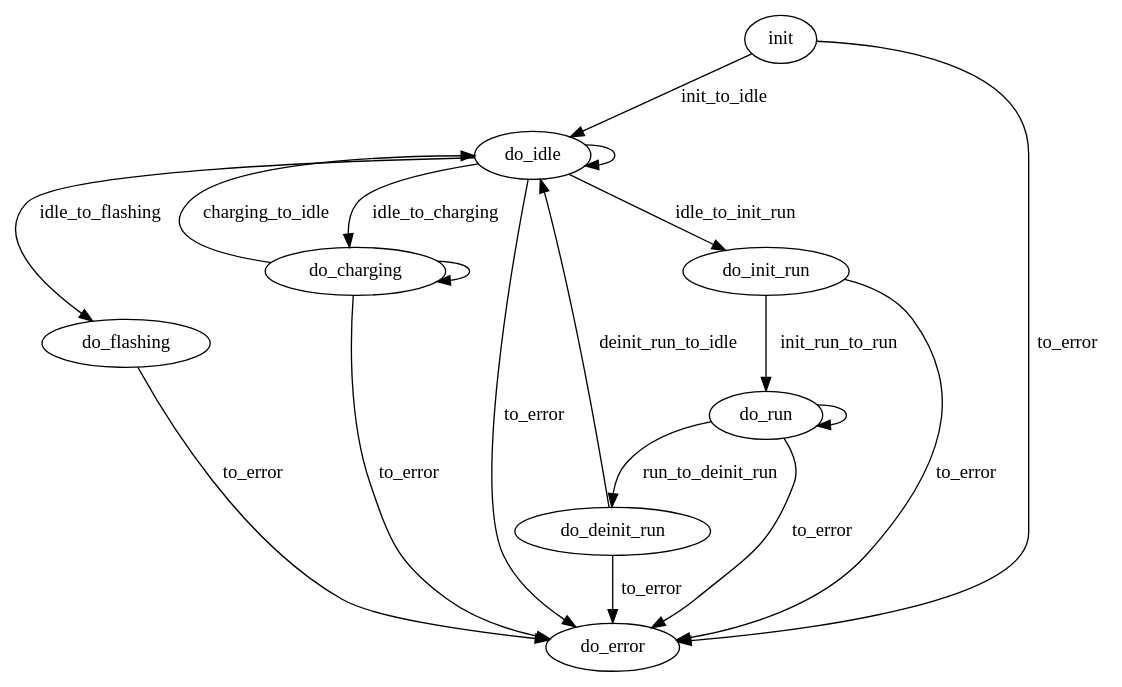
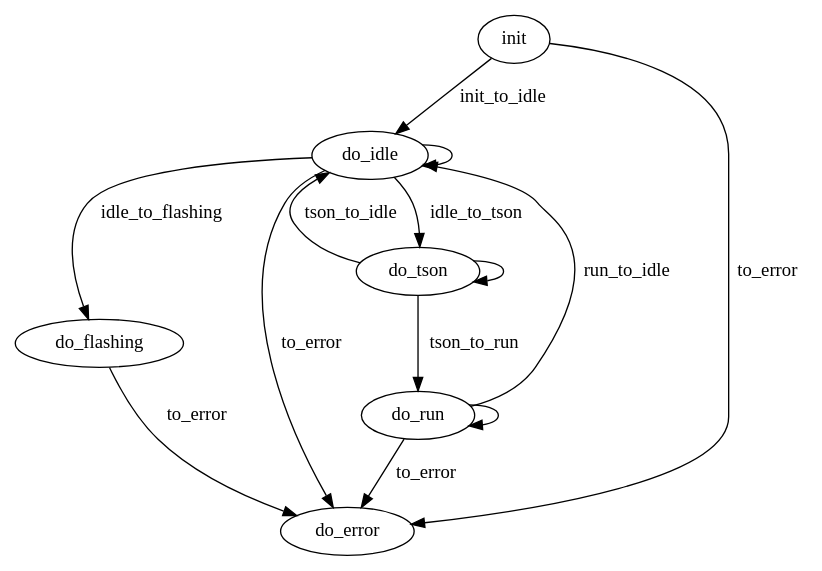
One commit to eagletrt/fenice-evo-bms-lv-sw changed the diagram in docs/fsm.dot. Above: the diagram before and after it, drawn with Graphviz. The commit also changed 32 other files, not shown here.

```diff
--- a/docs/fsm.dot
+++ b/docs/fsm.dot
@@ -1,30 +1,23 @@
 digraph "bms_lv" {
     init
     idle [label="do_idle"]
-    init_run [label="do_init_run"]
+    tson [label="do_tson"]
     run [label="do_run"]
-    deinit_run [label="do_deinit_run"]
     flashing [label="do_flashing"]
-    charging [label="do_charging"]
     error [label="do_error"]
 
     init -> idle [label="init_to_idle"]
+    idle -> idle
     idle -> flashing [label="idle_to_flashing"]
-    idle -> charging [label="idle_to_charging"]
-    charging -> idle [label="charging_to_idle"]
-    charging -> charging
-    idle -> idle
-    idle -> init_run [label="idle_to_init_run"]
-    init_run -> run [label="init_run_to_run"]
+    idle -> tson [label="idle_to_tson"]
+    tson -> tson
+    tson -> run [label="tson_to_run"]
+    tson -> idle [label="tson_to_idle"]
     run -> run
-    run -> deinit_run [label="run_to_deinit_run"]
-    deinit_run -> idle [label="deinit_run_to_idle"]
+    run -> idle [label="run_to_idle"]
 
     init -> error [label="to_error"]
     idle -> error [label="to_error"]
     flashing -> error [label="to_error"]
-    charging -> error [label="to_error"]
-    deinit_run -> error [label="to_error"]
-    init_run -> error [label="to_error"]
     run -> error [label="to_error"]
 }
```
